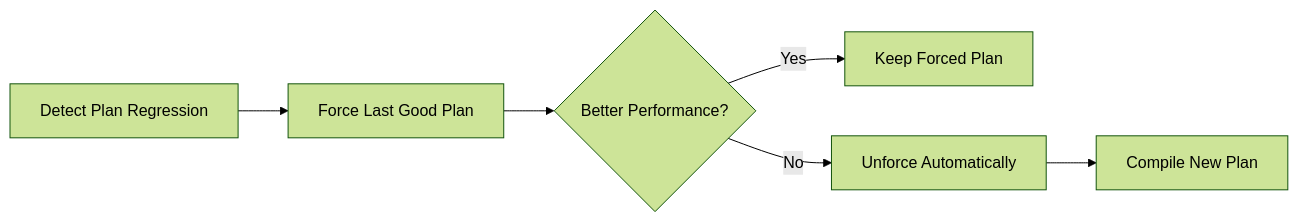
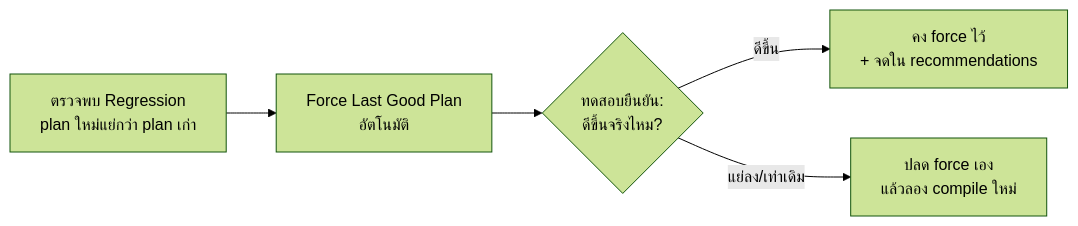
Before and after one commit to DataFabric-Academy/sql-server-performance-tuning: the diagram in Module_08_Plan_Caching/Sections/03_Query_Store_Automatic_Tuning/README.md, drawn with Mermaid (forest theme). The commit also changed other lines of this file and 214 other files, not shown here.

````diff
--- a/Module_08_Plan_Caching/Sections/03_Query_Store_Automatic_Tuning/README.md
+++ b/Module_08_Plan_Caching/Sections/03_Query_Store_Automatic_Tuning/README.md
@@ -102,8 +391,7 @@
 ```mermaid
 graph LR
-    A[Detect Plan Regression] --> B[Force Last Good Plan]
-    B --> C{Better Performance?}
-    C -->|Yes| D[Keep Forced Plan]
-    C -->|No| E[Unforce Automatically]
-    E --> F[Compile New Plan]
+    A[ตรวจพบ Regression<br>plan ใหม่แย่กว่า plan เก่า] --> B[Force Last Good Plan<br>อัตโนมัติ]
+    B --> C{ทดสอบยืนยัน:<br>ดีขึ้นจริงไหม?}
+    C -->|ดีขึ้น| D[คง force ไว้<br>+ จดใน recommendations]
+    C -->|แย่ลง/เท่าเดิม| E[ปลด force เอง<br>แล้วลอง compile ใหม่]
 ```
````
